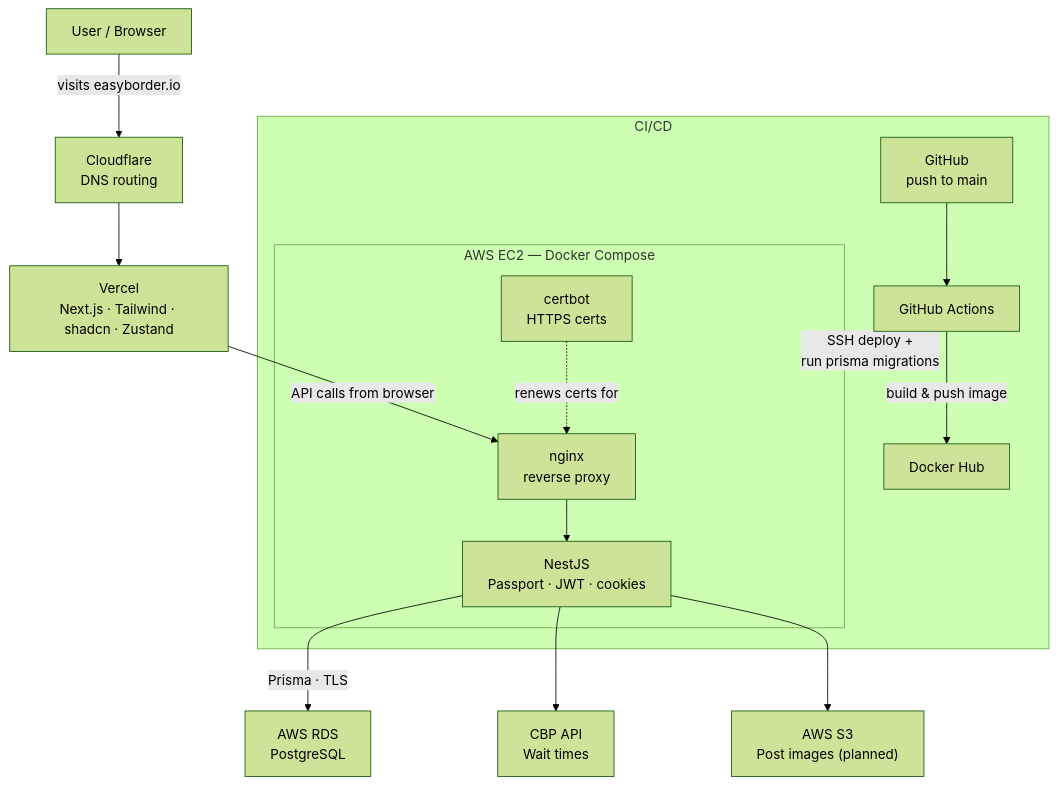
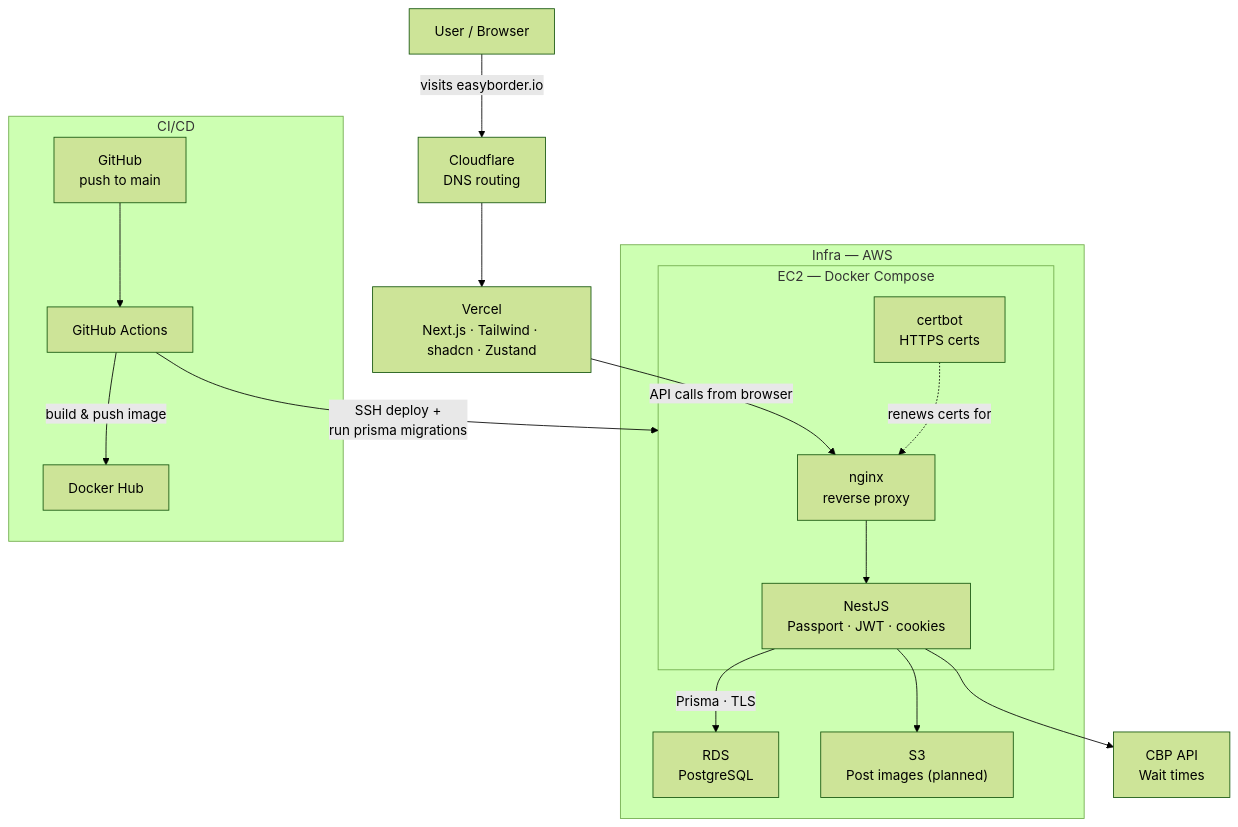
Before and after one commit to mark-elias/easyborder-backend: the diagram in README.md, drawn with Mermaid (forest theme).

````diff
--- a/README.md
+++ b/README.md
@@ -46,25 +46,31 @@
 ```mermaid
 flowchart TD
     User["User / Browser"] -->|"visits easyborder.io"| CF["Cloudflare<br/>DNS routing"]
     CF --> Vercel["Vercel<br/>Next.js · Tailwind · shadcn · Zustand"]
     Vercel -->|"API calls from browser"| Nginx
 
-    subgraph EC2["AWS EC2 — Docker Compose"]
-        Nginx["nginx<br/>reverse proxy"]
-        Certbot["certbot<br/>HTTPS certs"]
-        Backend["NestJS<br/>Passport · JWT · cookies"]
+    subgraph Infra["Infra — AWS"]
+        subgraph EC2["EC2 — Docker Compose"]
+            Nginx["nginx<br/>reverse proxy"]
+            Certbot["certbot<br/>HTTPS certs"]
+            Backend["NestJS<br/>Passport · JWT · cookies"]
 
-        Nginx --> Backend
-        Certbot -.->|renews certs for| Nginx
+            Nginx --> Backend
+            Certbot -.->|renews certs for| Nginx
+        end
+
+        RDS["RDS<br/>PostgreSQL"]
+        S3["S3<br/>Post images (planned)"]
+
+        Backend -->|"Prisma · TLS"| RDS
+        Backend --> S3
     end
 
-    Backend -->|"Prisma · TLS"| RDS["AWS RDS<br/>PostgreSQL"]
     Backend --> CBP["CBP API<br/>Wait times"]
-    Backend --> S3["AWS S3<br/>Post images (planned)"]
 
     subgraph CICD["CI/CD"]
         GH["GitHub<br/>push to main"] --> GHA["GitHub Actions"]
         GHA -->|"build & push image"| DH["Docker Hub"]
         GHA -->|"SSH deploy +<br/>run prisma migrations"| EC2
     end
 ```
````
